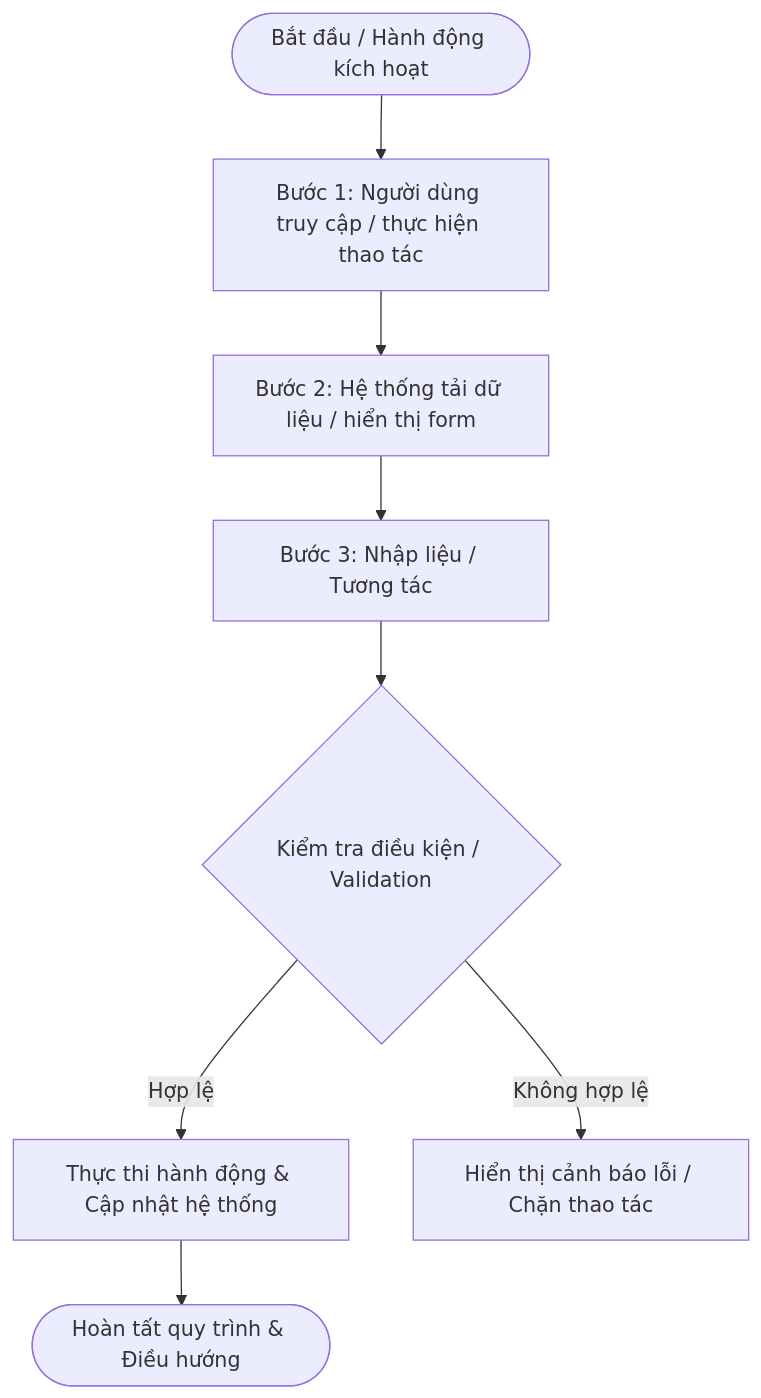
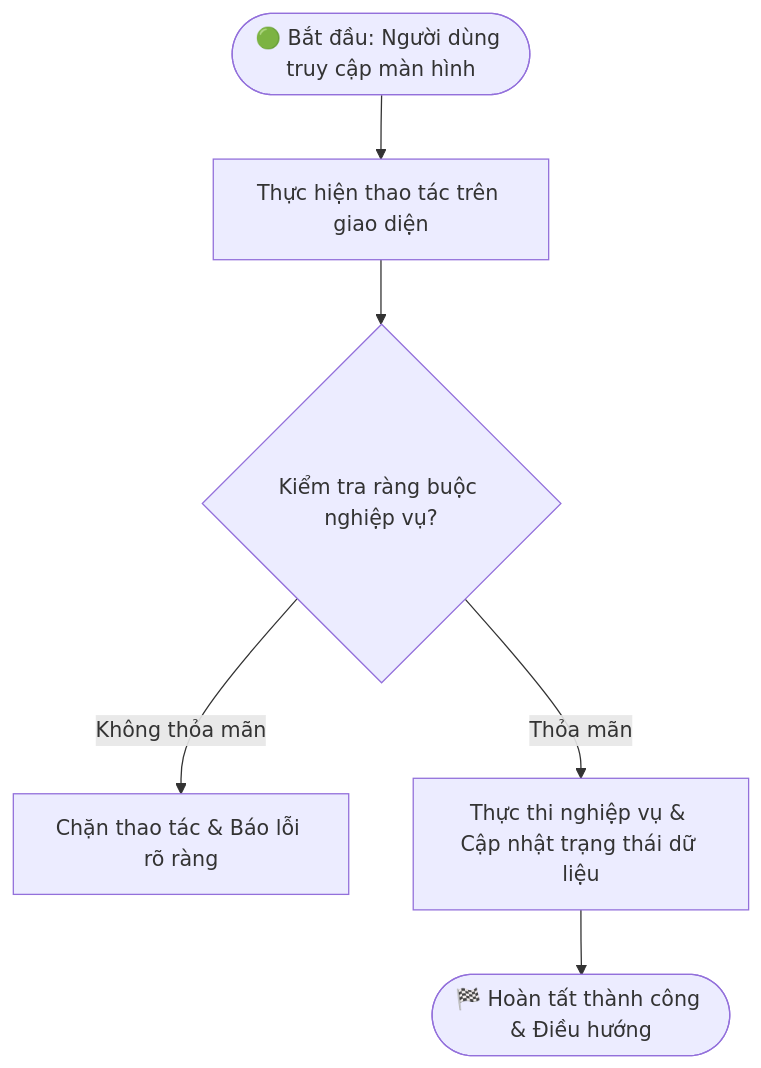
The diagram in docs/user-stories/US_Template_Standard.md (midumidu1213-collab/order-prototype), drawn with Mermaid before and after one commit. The commit also changed other lines of this file and 24 other files, not shown here.

Commit message:
feat(inventory): implement reprocess inventory management, serve fg station, and order reprocess picking flow

````diff
--- a/docs/user-stories/US_Template_Standard.md
+++ b/docs/user-stories/US_Template_Standard.md
@@ -18,12 +80,8 @@
 ```mermaid
 flowchart TD
-    Start([Bắt đầu / Hành động kích hoạt]) --> Step1[Bước 1: Người dùng truy cập / thực hiện thao tác]
-    Step1 --> Step2[Bước 2: Hệ thống tải dữ liệu / hiển thị form]
-    Step2 --> Step3[Bước 3: Nhập liệu / Tương tác]
-    
-    Step3 --> Decision{Kiểm tra điều kiện / Validation}
-    Decision -->|Hợp lệ| Success[Thực thi hành động & Cập nhật hệ thống]
-    Decision -->|Không hợp lệ| Error[Hiển thị cảnh báo lỗi / Chặn thao tác]
-    
-    Success --> Done([Hoàn tất quy trình & Điều hướng])
+    Start([🟢 Bắt đầu: Người dùng truy cập màn hình]) --> Action[Thực hiện thao tác trên giao diện]
+    Action --> CheckRule{Kiểm tra ràng buộc nghiệp vụ?}
+    CheckRule -->|Không thỏa mãn| ShowError[Chặn thao tác & Báo lỗi rõ ràng]
+    CheckRule -->|Thỏa mãn| Execute[Thực thi nghiệp vụ & Cập nhật trạng thái dữ liệu]
+    Execute --> Success([🏁 Hoàn tất thành công & Điều hướng])
 ```
````
